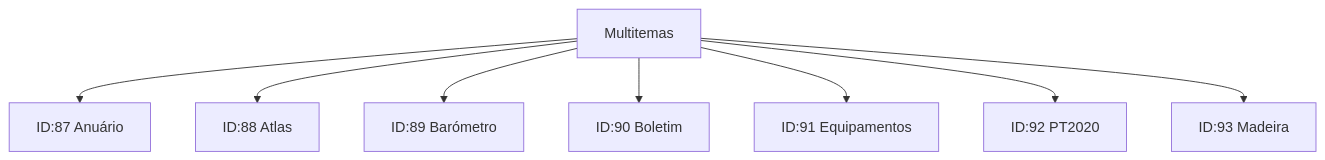
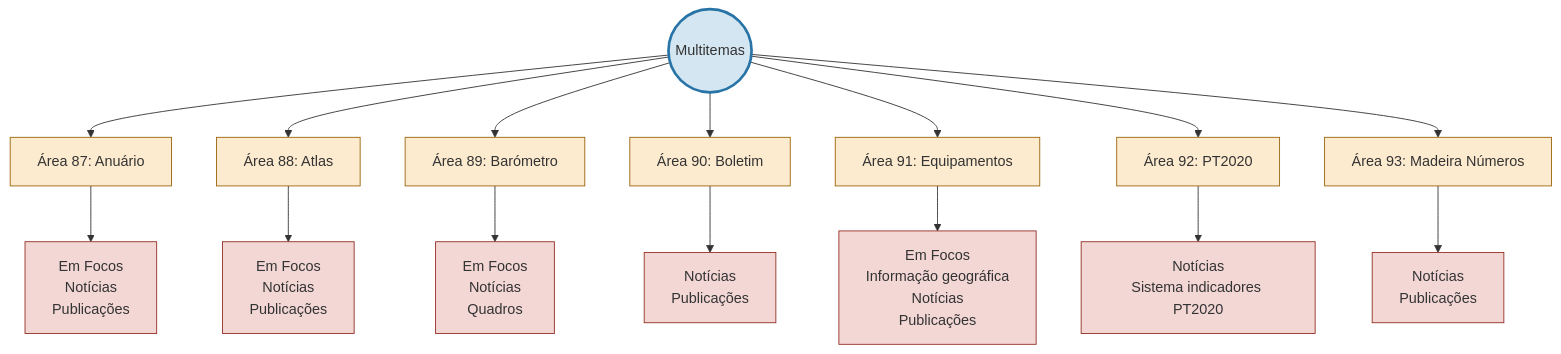
The diagram in docs/tree_diagram_multitemas.md (joaomendes-ine/drem_dw_db), drawn with Mermaid before and after one commit.

Commit message:
Update diagrama estrutura + conteúdo

````diff
--- a/docs/tree_diagram_multitemas.md
+++ b/docs/tree_diagram_multitemas.md
@@ -1,13 +1,32 @@
 ```mermaid
-graph TD
-    %% Multitemas
-    M[Multitemas] --> M1[ID:87 Anuário]
-    M --> M2[ID:88 Atlas]
-    M --> M3[ID:89 Barómetro]
-    M --> M4[ID:90 Boletim]
-    M --> M5[ID:91 Equipamentos]
-    M --> M6[ID:92 PT2020]
-    M --> M7[ID:93 Madeira]
+graph TB
+   %% Main Theme
+   M((Multitemas))
+   
+   %% Direct connections to main theme
+   M --> A87[Área 87: Anuário]
+   M --> A88[Área 88: Atlas]
+   M --> A89[Área 89: Barómetro]
+   M --> A90[Área 90: Boletim]
+   M --> A91[Área 91: Equipamentos]
+   M --> A92[Área 92: PT2020]
+   M --> A93[Área 93: Madeira Números]
 
-    %% Detalhes para cada área...
+   %% Área connections
+   A87 --> A87F[Em Focos<br>Notícias<br>Publicações]
+   A88 --> A88F[Em Focos<br>Notícias<br>Publicações]
+   A89 --> A89F[Em Focos<br>Notícias<br>Quadros]
+   A90 --> A90F[Notícias<br>Publicações]
+   A91 --> A91F[Em Focos<br>Informação geográfica<br>Notícias<br>Publicações]
+   A92 --> A92F[Notícias<br>Sistema indicadores PT2020]
+   A93 --> A93F[Notícias<br>Publicações]
+
+   %% Styling
+   classDef tema fill:#d4e6f1,stroke:#2874a6,stroke-width:3px
+   classDef area fill:#fdebd0,stroke:#9c640c,stroke-width:1px
+   classDef files fill:#f2d7d5,stroke:#943126,stroke-width:1px
+
+   class M tema
+   class A87,A88,A89,A90,A91,A92,A93 area
+   class A87F,A88F,A89F,A90F,A91F,A92F,A93F files
 ```
````
